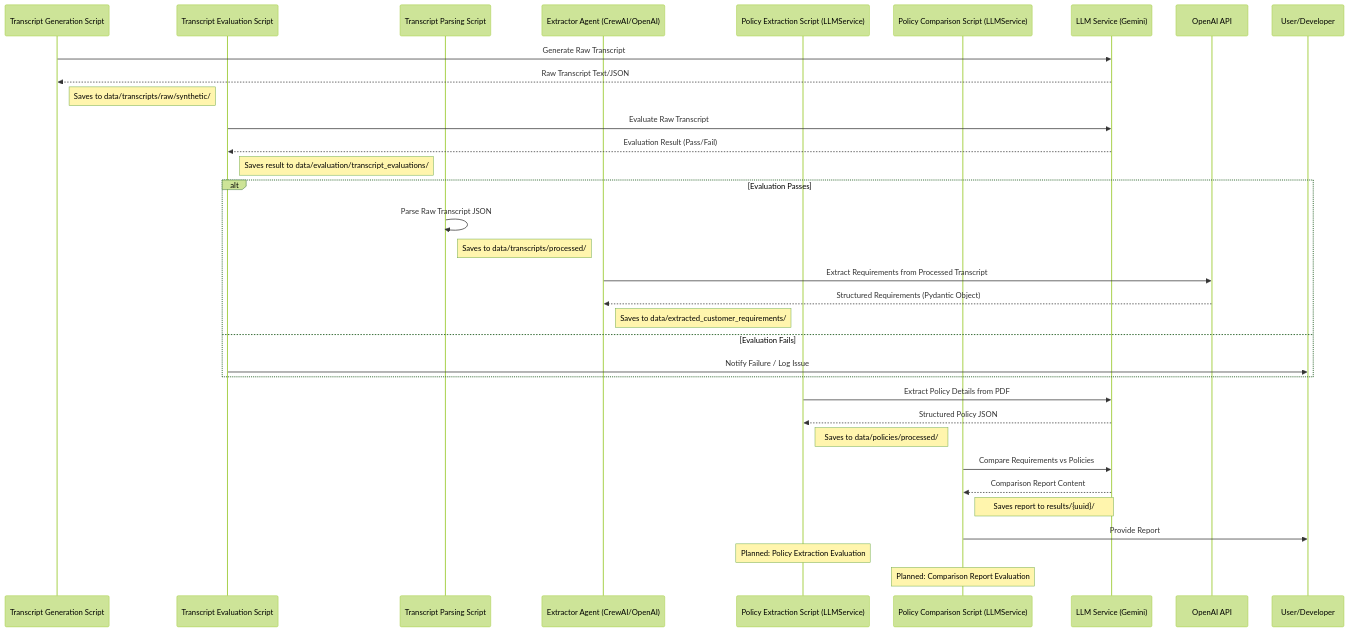
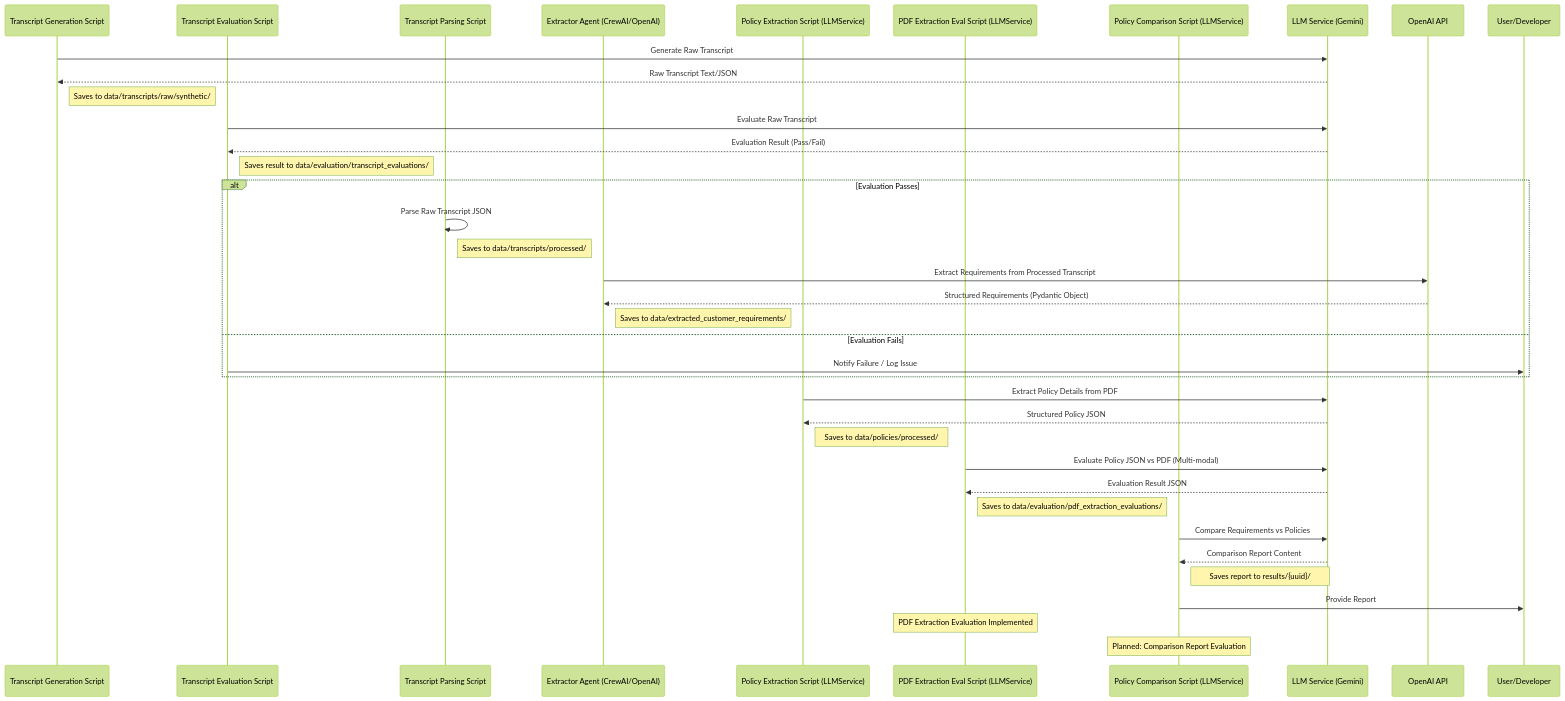
The second of 2 diagrams in memory-bank/systemPatterns.md (DesmondChoy/mtech-policy-recsys), drawn with Mermaid (forest theme) before and after one commit. The commit also changed other lines of this file and 17 other files, not shown here.

First line of the commit message:
feat(evaluation): Add PDF extraction evaluation script with multi-modal LLM

````diff
--- a/memory-bank/systemPatterns.md
+++ b/memory-bank/systemPatterns.md
@@ -166,47 +170,52 @@
 ```mermaid
 sequenceDiagram
     participant GenT as Transcript Generation Script
     participant EvalT as Transcript Evaluation Script
     participant ParseT as Transcript Parsing Script
     participant Extractor as Extractor Agent (CrewAI/OpenAI)
     participant ExtractP as Policy Extraction Script (LLMService)
+    participant EvalPDF as PDF Extraction Eval Script (LLMService)
     participant CompareP as Policy Comparison Script (LLMService)
     participant LLM_Gemini as LLM Service (Gemini)
     participant LLM_OpenAI as OpenAI API
     participant UserDev as User/Developer
 
     %% Transcript Path
     GenT->>LLM_Gemini: Generate Raw Transcript
     LLM_Gemini-->>GenT: Raw Transcript Text/JSON
     Note right of GenT: Saves to data/transcripts/raw/synthetic/
 
     EvalT->>LLM_Gemini: Evaluate Raw Transcript
     LLM_Gemini-->>EvalT: Evaluation Result (Pass/Fail)
     Note right of EvalT: Saves result to data/evaluation/transcript_evaluations/
 
     alt Evaluation Passes
         ParseT->>ParseT: Parse Raw Transcript JSON
         Note right of ParseT: Saves to data/transcripts/processed/
         Extractor->>LLM_OpenAI: Extract Requirements from Processed Transcript
         LLM_OpenAI-->>Extractor: Structured Requirements (Pydantic Object)
         Note right of Extractor: Saves to data/extracted_customer_requirements/
     else Evaluation Fails
         EvalT->>UserDev: Notify Failure / Log Issue
     end
 
-    %% Policy Path
+    %% Policy Path & PDF Eval Path
     ExtractP->>LLM_Gemini: Extract Policy Details from PDF
     LLM_Gemini-->>ExtractP: Structured Policy JSON
     Note right of ExtractP: Saves to data/policies/processed/
+
+    EvalPDF->>LLM_Gemini: Evaluate Policy JSON vs PDF (Multi-modal)
+    LLM_Gemini-->>EvalPDF: Evaluation Result JSON
+    Note right of EvalPDF: Saves to data/evaluation/pdf_extraction_evaluations/
 
     %% Comparison Path (Requires both transcript and policy paths completed)
     CompareP->>LLM_Gemini: Compare Requirements vs Policies
     LLM_Gemini-->>CompareP: Comparison Report Content
     Note right of CompareP: Saves report to results/{uuid}/
     CompareP->>UserDev: Provide Report
 
     %% Planned Evaluations
-    Note over ExtractP: Planned: Policy Extraction Evaluation
+    Note over EvalPDF: PDF Extraction Evaluation Implemented
     Note over CompareP: Planned: Comparison Report Evaluation
 
 ```
````
